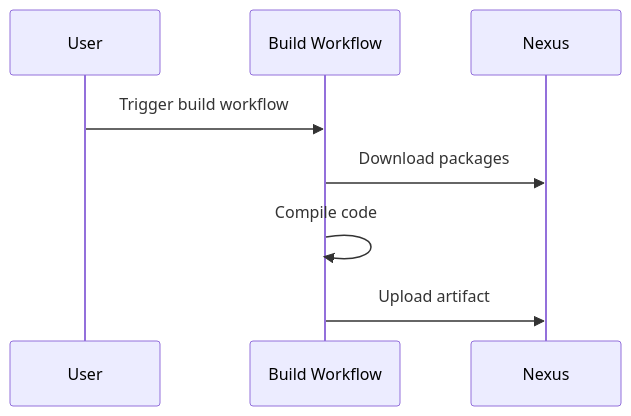
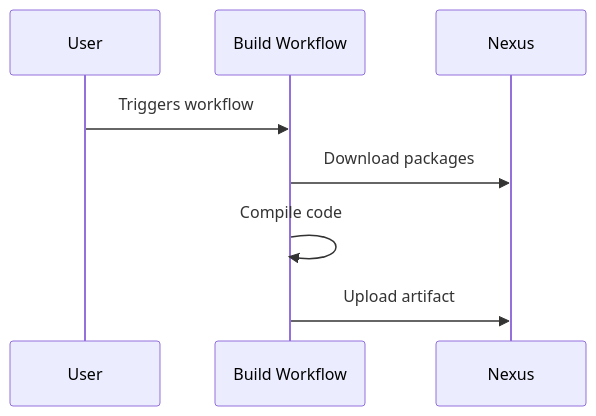
One commit to devarab1/Diagrams changed the first of 3 diagrams in README.md. Above: the diagram before and after it, drawn with Mermaid. The commit also changed other lines of this file, not shown here.

````diff
--- a/README.md
+++ b/README.md
@@ -3,11 +3,11 @@
 ```mermaid
 sequenceDiagram
     participant User
     participant Build Workflow
     participant Nexus
 
-    User->>Build Workflow: Trigger build workflow
+    User->>Build Workflow: Triggers workflow
     Build Workflow->>Nexus: Download packages
     Build Workflow->>Build Workflow: Compile code
     Build Workflow->>Nexus: Upload artifact
 ```
````
